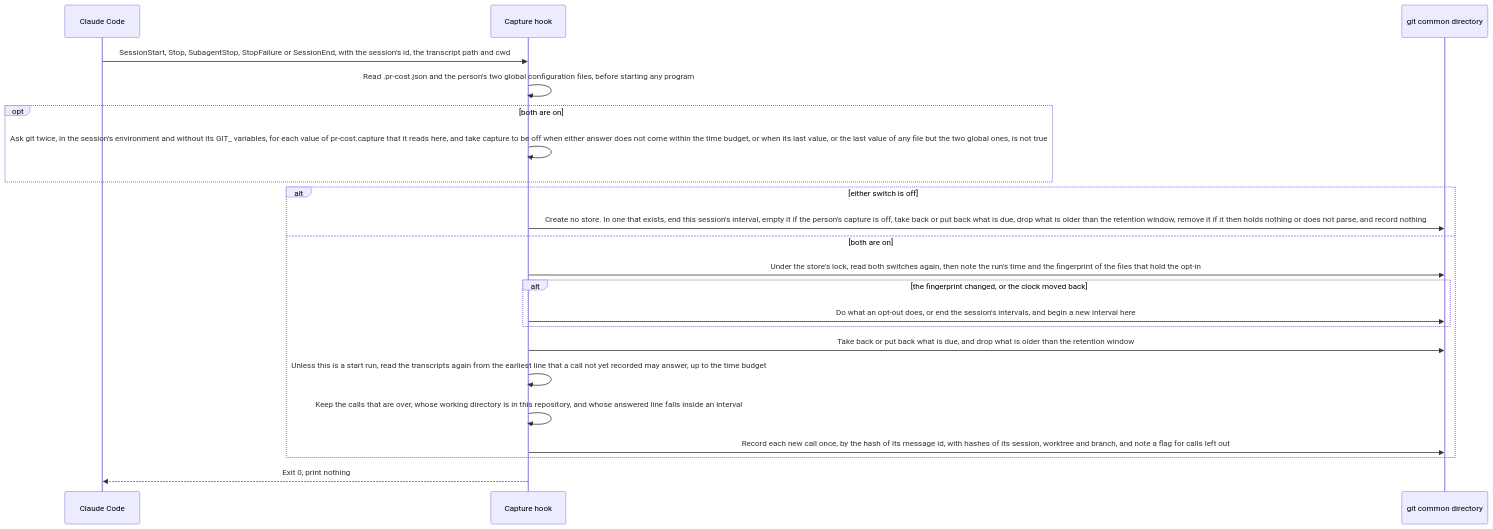
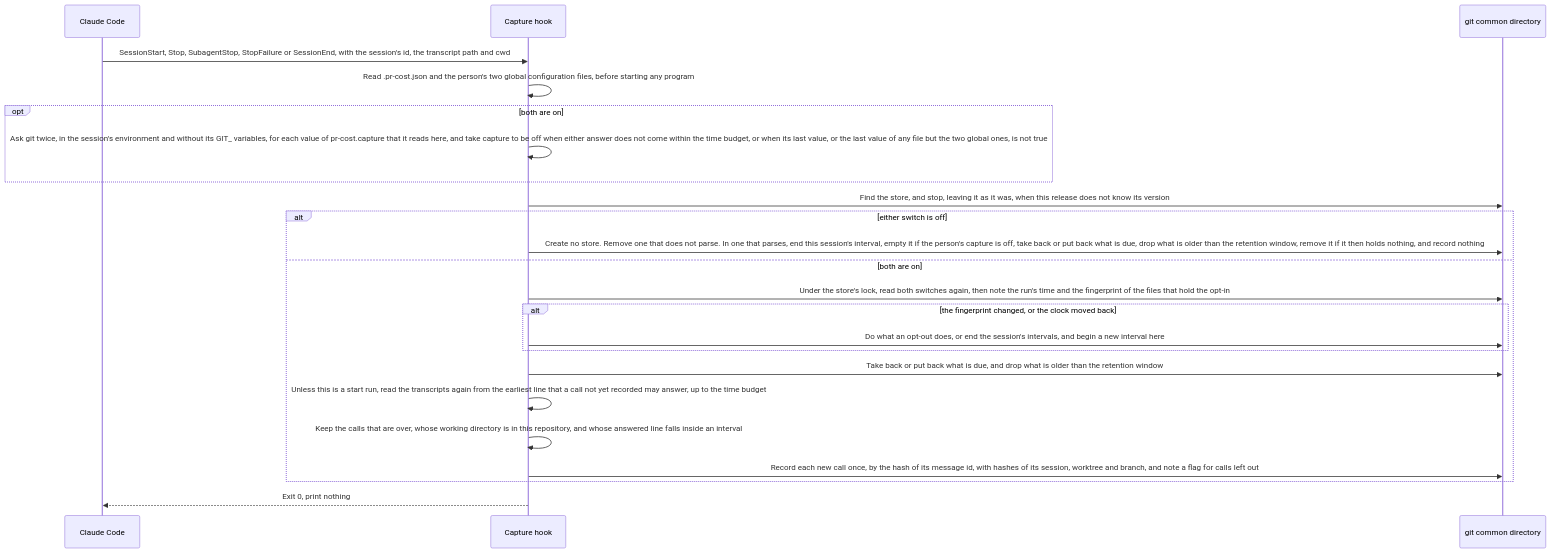
One commit to niko-kotiniemi-oss/agentic-pr-cost-calculator changed the second of 7 diagrams in docs/how-it-works.md. Above: the diagram before and after it, drawn with Mermaid. The commit also changed other lines of this file and 15 other files, not shown here.

````diff
--- a/docs/how-it-works.md
+++ b/docs/how-it-works.md
@@ -92,24 +92,25 @@
 ```mermaid
 sequenceDiagram
   participant CC as Claude Code
   participant H as Capture hook
   participant G as git common directory
   CC->>H: SessionStart, Stop, SubagentStop, StopFailure or SessionEnd, with the session's id, the transcript path and cwd
   H->>H: Read .pr-cost.json and the person's two global configuration files, before starting any program
   opt both are on
     H->>H: Ask git twice, in the session's environment and without its GIT_ variables, for each value of pr-cost.capture that it reads here, and take capture to be off when either answer does not come within the time budget, or when its last value, or the last value of any file but the two global ones, is not true
   end
+  H->>G: Find the store, and stop, leaving it as it was, when this release does not know its version
   alt either switch is off
-    H->>G: Create no store. In one that exists, end this session's interval, empty it if the person's capture is off, take back or put back what is due, drop what is older than the retention window, remove it if it then holds nothing or does not parse, and record nothing
+    H->>G: Create no store. Remove one that does not parse. In one that parses, end this session's interval, empty it if the person's capture is off, take back or put back what is due, drop what is older than the retention window, remove it if it then holds nothing, and record nothing
   else both are on
     H->>G: Under the store's lock, read both switches again, then note the run's time and the fingerprint of the files that hold the opt-in
     alt the fingerprint changed, or the clock moved back
       H->>G: Do what an opt-out does, or end the session's intervals, and begin a new interval here
     end
     H->>G: Take back or put back what is due, and drop what is older than the retention window
     H->>H: Unless this is a start run, read the transcripts again from the earliest line that a call not yet recorded may answer, up to the time budget
     H->>H: Keep the calls that are over, whose working directory is in this repository, and whose answered line falls inside an interval
     H->>G: Record each new call once, by the hash of its message id, with hashes of its session, worktree and branch, and note a flag for calls left out
   end
   H-->>CC: Exit 0, print nothing
 ```
````
